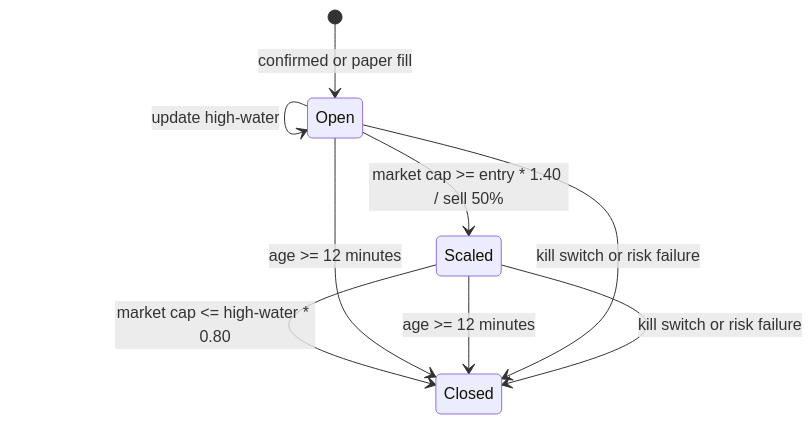
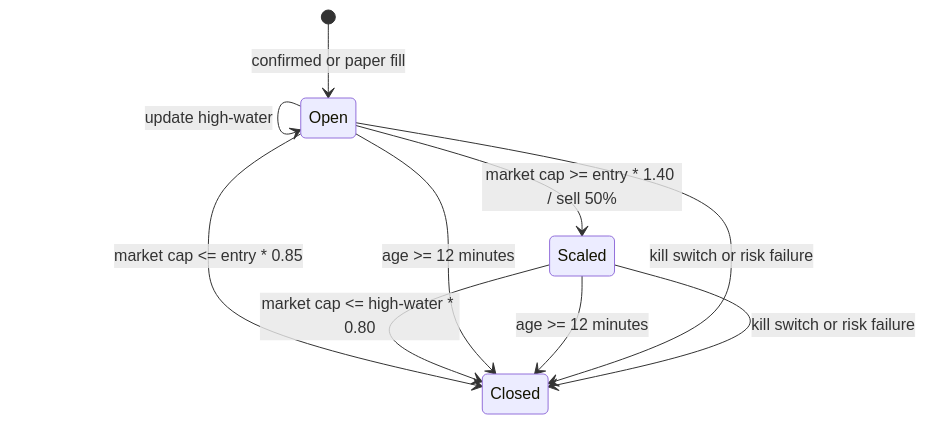
The second of 2 diagrams in docs/ARCHITECTURE.md (Air-crypto/solid-octo-engine), drawn with Mermaid before and after one commit. The commit also changed other lines of this file and 20 other files, not shown here.

````diff
--- a/docs/ARCHITECTURE.md
+++ b/docs/ARCHITECTURE.md
@@ -74,11 +77,12 @@
 ```mermaid
 stateDiagram-v2
   [*] --> Open: confirmed or paper fill
   Open --> Open: update high-water
+  Open --> Closed: market cap <= entry * 0.85
   Open --> Scaled: market cap >= entry * 1.40 / sell 50%
   Scaled --> Closed: market cap <= high-water * 0.80
   Open --> Closed: age >= 12 minutes
   Scaled --> Closed: age >= 12 minutes
   Open --> Closed: kill switch or risk failure
   Scaled --> Closed: kill switch or risk failure
 ```
````
